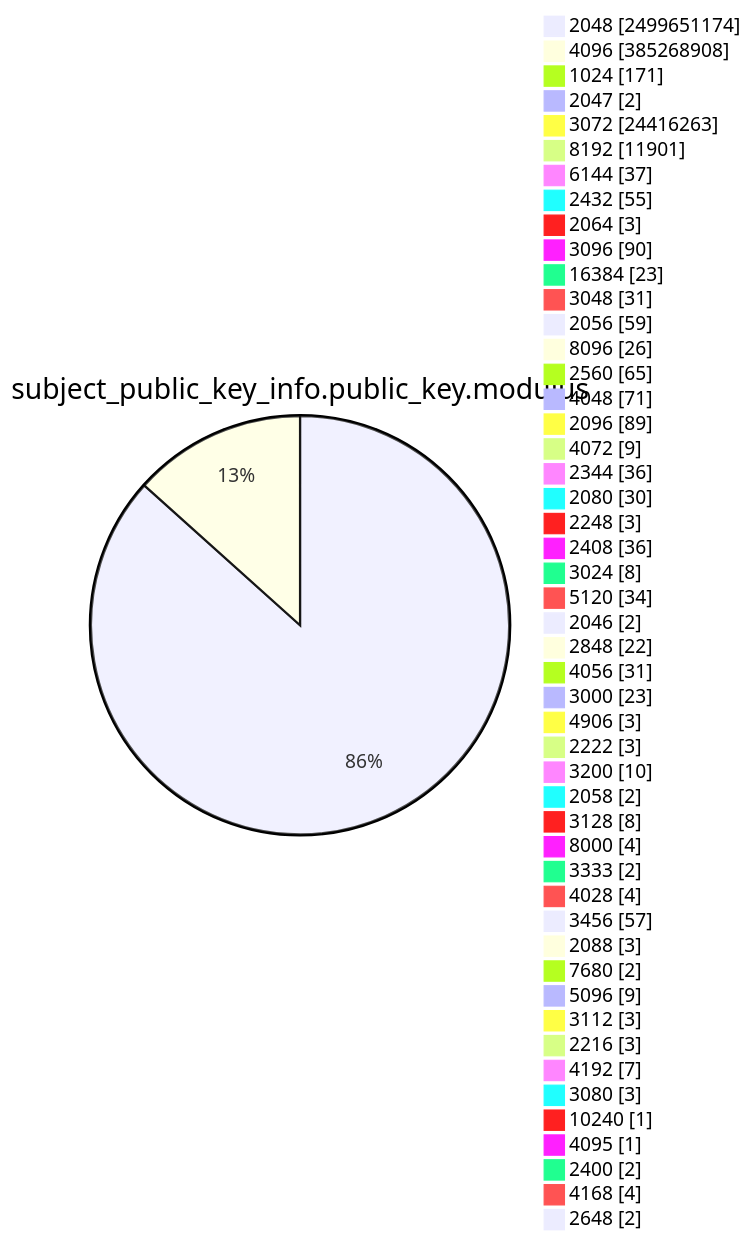
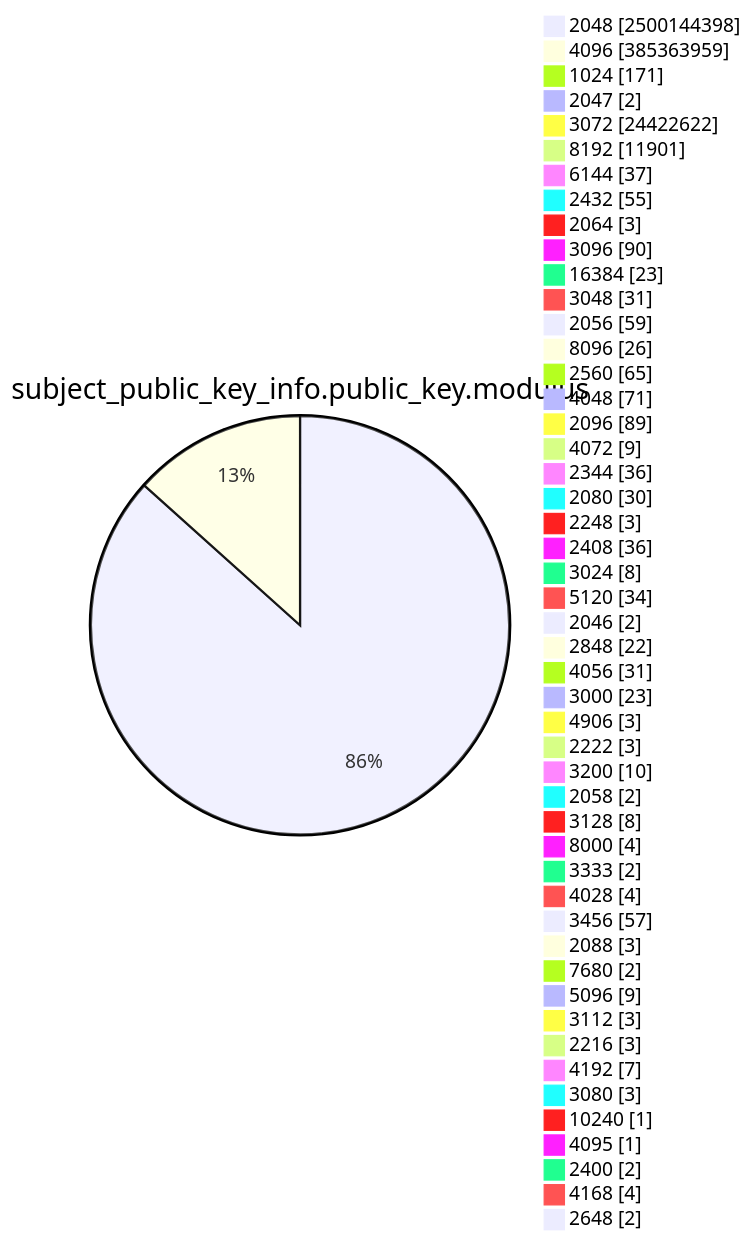
Before and after one commit to christiankrug/ctmonitor_visualization: diagram 13 of 15 in TOTAL/README.md, drawn with Mermaid. The commit also changed other lines of this file, not shown here.

````diff
--- a/TOTAL/README.md
+++ b/TOTAL/README.md
@@ -4169,53 +4169,53 @@
 ```mermaid
 pie showData
 title subject_public_key_info.public_key.modulus
-"2048" :2499651174
-"4096" :385268908
+"2048" :2500144398
+"4096" :385363959
 "1024" :171
 "2047" :2
-"3072" :24416263
+"3072" :24422622
 "8192" :11901
 "6144" :37
 "2432" :55
 "2064" :3
 "3096" :90
 "16384" :23
 "3048" :31
 "2056" :59
 "8096" :26
 "2560" :65
 "4048" :71
 "2096" :89
 "4072" :9
 "2344" :36
 "2080" :30
 "2248" :3
 "2408" :36
 "3024" :8
 "5120" :34
 "2046" :2
 "2848" :22
 "4056" :31
 "3000" :23
 "4906" :3
 "2222" :3
 "3200" :10
 "2058" :2
 "3128" :8
 "8000" :4
 "3333" :2
 "4028" :4
 "3456" :57
 "2088" :3
 "7680" :2
 "5096" :9
 "3112" :3
 "2216" :3
 "4192" :7
 "3080" :3
 "10240" :1
 "4095" :1
 "2400" :2
 "4168" :4
 "2648" :2
 ```
````
